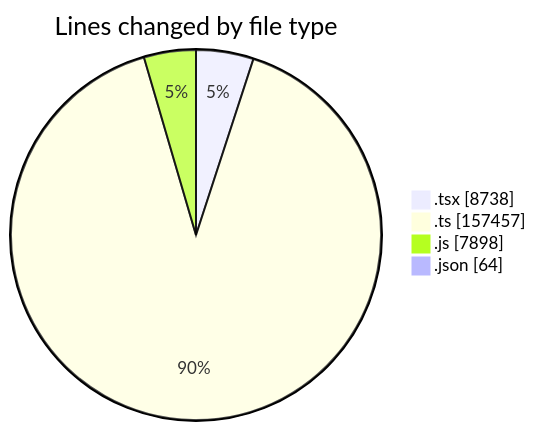
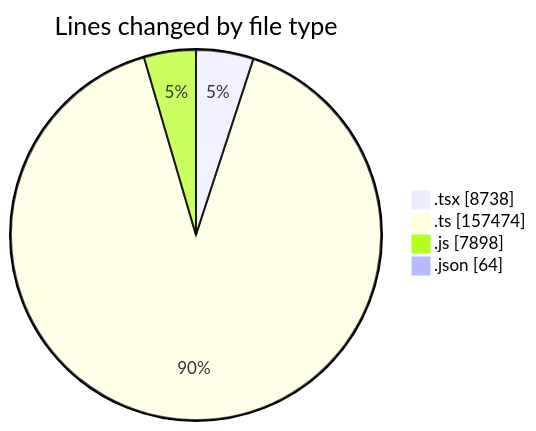
The first of 2 diagrams in 2026-07-30/cda/README.md (momahboobian/code-tracking), drawn with Mermaid before and after one commit. The commit also changed other lines of this file and 1 other file, not shown here.

````diff
--- a/2026-07-30/cda/README.md
+++ b/2026-07-30/cda/README.md
@@ -57,8 +57,8 @@
 ```mermaid
 pie showData
 title Lines changed by file type
 ".tsx" : 8738
-".ts" : 157457
+".ts" : 157474
 ".js" : 7898
 ".json" : 64
 ```
````
